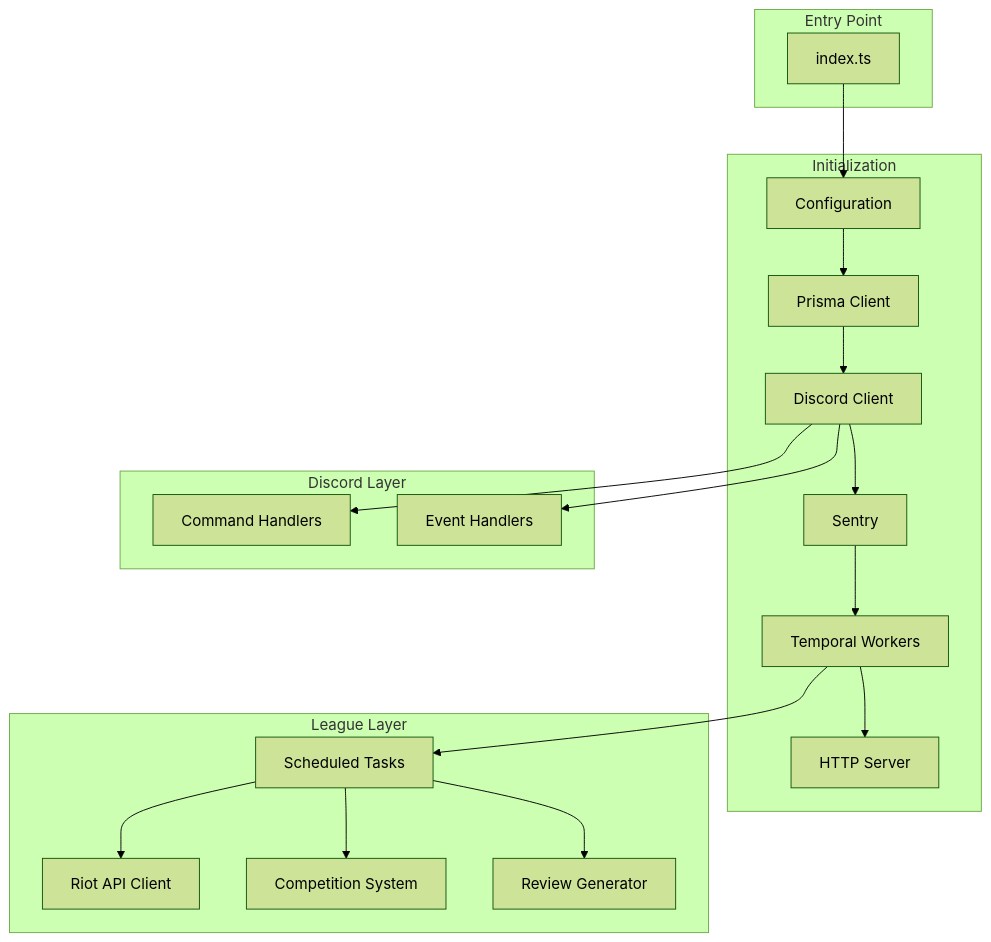
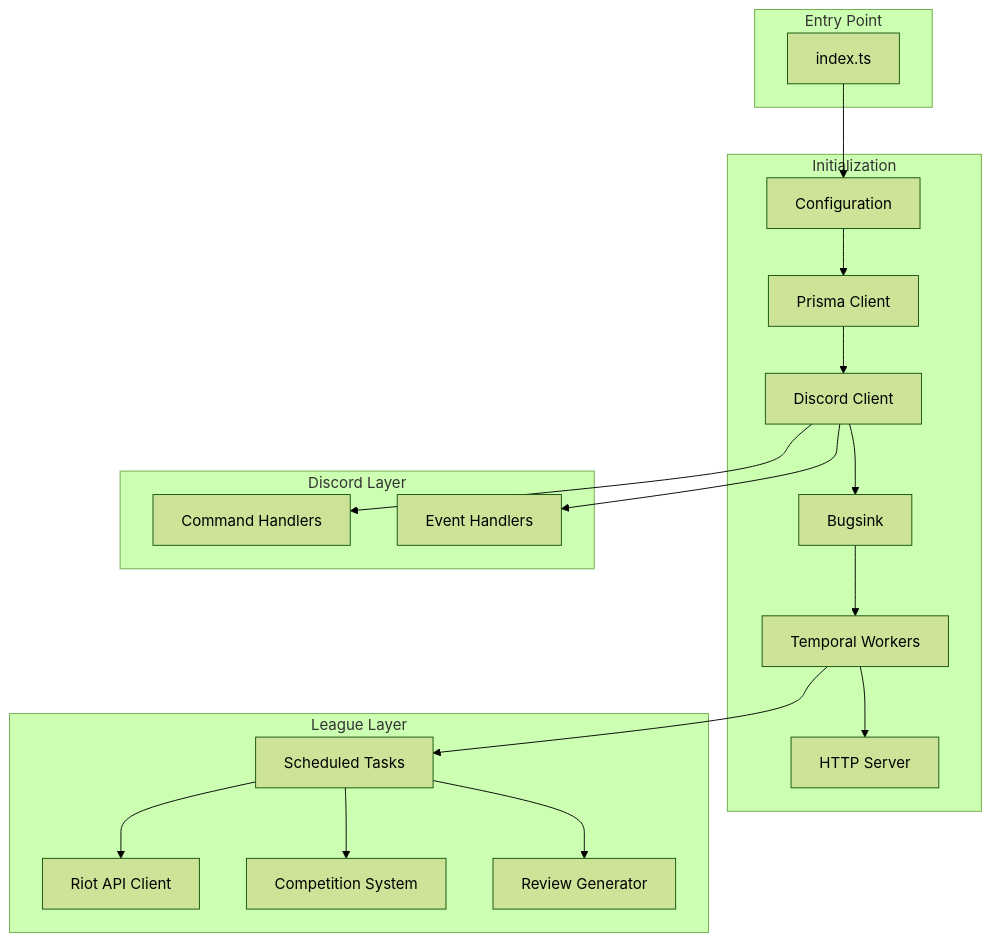
Before and after one commit to shepherdjerred/monorepo: the first of 8 diagrams in packages/scout-for-lol/docs/backend.md, drawn with Mermaid (forest theme). The commit also changed other lines of this file and 415 other files, not shown here.

````diff
--- a/packages/scout-for-lol/docs/backend.md
+++ b/packages/scout-for-lol/docs/backend.md
@@ -7,41 +7,41 @@
 ```mermaid
 flowchart TB
     subgraph Entry["Entry Point"]
         INDEX["index.ts"]
     end
 
     subgraph Init["Initialization"]
         CONFIG["Configuration"]
         PRISMA["Prisma Client"]
         DISCORD["Discord Client"]
-        SENTRY_INIT["Sentry"]
+        BUGSINK_INIT["Bugsink"]
         TEMPORAL["Temporal Workers"]
         HTTP["HTTP Server"]
     end
 
     subgraph Discord["Discord Layer"]
         COMMANDS["Command Handlers"]
         EVENTS["Event Handlers"]
     end
 
     subgraph League["League Layer"]
         API_CLIENT["Riot API Client"]
         TASKS["Scheduled Tasks"]
         COMPETITION["Competition System"]
         REVIEW["Review Generator"]
     end
 
     INDEX --> CONFIG
     CONFIG --> PRISMA
     PRISMA --> DISCORD
-    DISCORD --> SENTRY_INIT
-    SENTRY_INIT --> TEMPORAL
+    DISCORD --> BUGSINK_INIT
+    BUGSINK_INIT --> TEMPORAL
     TEMPORAL --> HTTP
 
     DISCORD --> COMMANDS
     DISCORD --> EVENTS
     TEMPORAL --> TASKS
     TASKS --> API_CLIENT
     TASKS --> REVIEW
     TASKS --> COMPETITION
 ```
````
